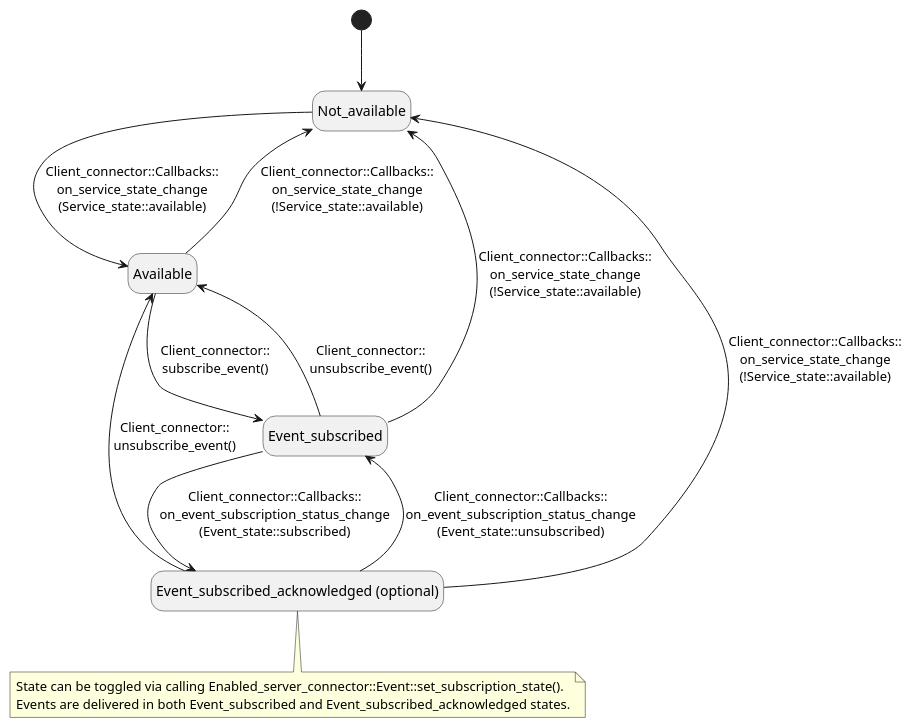
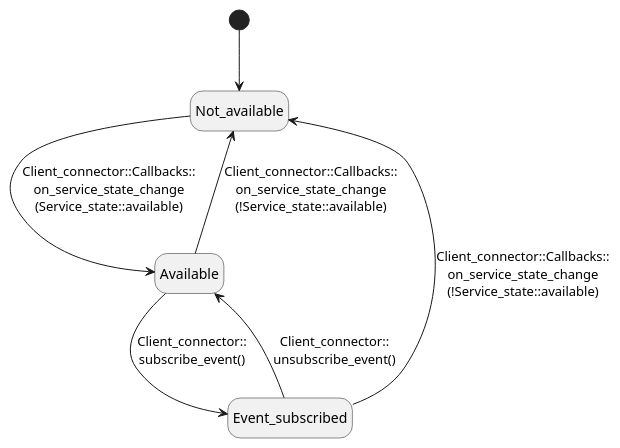
Before and after one commit to eclipse-score/inc_someip_gateway: the diagram in src/socom/doc/design/models/state_diagram_event_subscription_state.puml, drawn with PlantUML. The commit also changed 12 other files, not shown here.

Commit message:
Remove event subscription acknowledgement

```diff
--- a/src/socom/doc/design/models/state_diagram_event_subscription_state.puml
+++ b/src/socom/doc/design/models/state_diagram_event_subscription_state.puml
@@ -14,28 +14,17 @@
 @startuml
 hide empty description
 
 state Not_available
 state Available
 state Event_subscribed
-state Event_subscribed_acknowledged as "Event_subscribed_acknowledged (optional)"
 
 [*] --> Not_available
 Not_available --> Available: Client_connector::Callbacks::\non_service_state_change\n(Service_state::available)
 
 Available --> Not_available: Client_connector::Callbacks::\non_service_state_change\n(!Service_state::available)
 Available --> Event_subscribed: Client_connector::\nsubscribe_event()
 
 Event_subscribed --> Available: Client_connector::\nunsubscribe_event()
-Event_subscribed --> Event_subscribed_acknowledged: Client_connector::Callbacks::\non_event_subscription_status_change\n(Event_state::subscribed)
 Event_subscribed --> Not_available: Client_connector::Callbacks::\non_service_state_change\n(!Service_state::available)
 
-Event_subscribed_acknowledged --> Available: Client_connector::\nunsubscribe_event()
-Event_subscribed_acknowledged --> Event_subscribed: Client_connector::Callbacks::\non_event_subscription_status_change\n(Event_state::unsubscribed)
-Event_subscribed_acknowledged --> Not_available: Client_connector::Callbacks::\non_service_state_change\n(!Service_state::available)
-
-note bottom of Event_subscribed_acknowledged
-  State can be toggled via calling Enabled_server_connector::Event::set_subscription_state().
-  Events are delivered in both Event_subscribed and Event_subscribed_acknowledged states.
-end note
-
 @enduml
```
